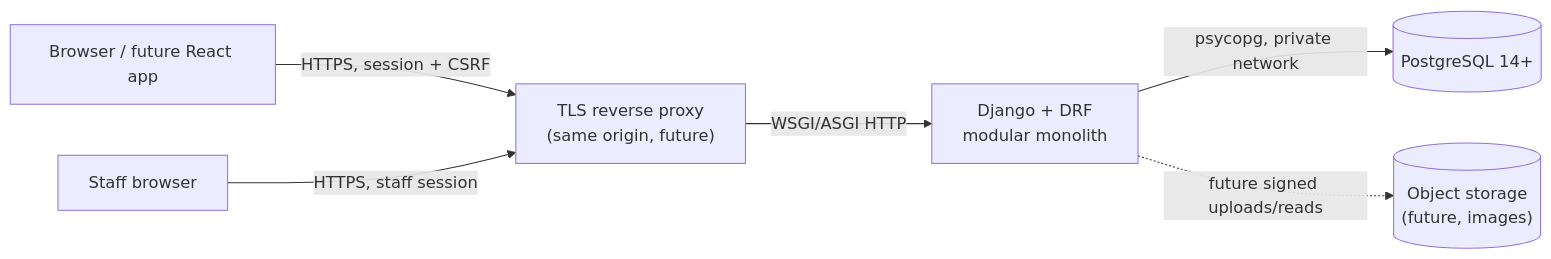
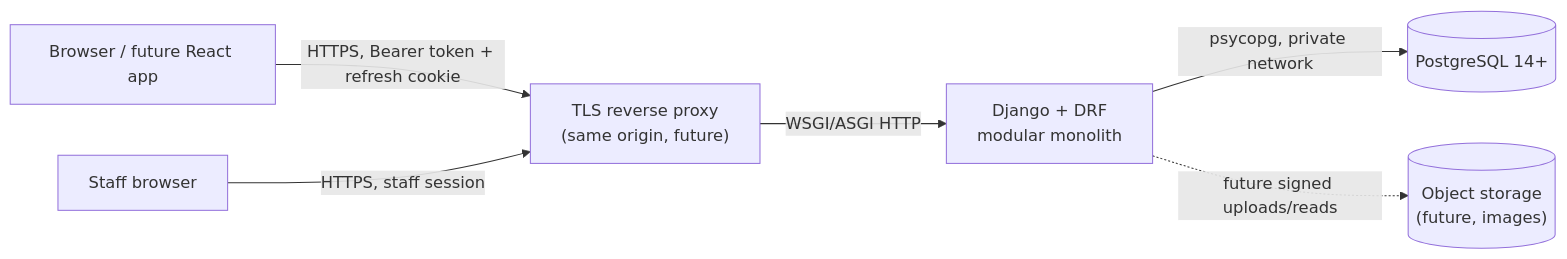
Before and after one commit to mohammed-misbah/MytrolleyApp: the first of 3 diagrams in docs/architecture.md, drawn with Mermaid. The commit also changed other lines of this file and 571 other files, not shown here.

````diff
--- a/docs/architecture.md
+++ b/docs/architecture.md
@@ -16,15 +16,15 @@
 ```mermaid
 flowchart LR
     Browser["Browser / future React app"]
     Staff["Staff browser"]
     Proxy["TLS reverse proxy\n(same origin, future)"]
     Django["Django + DRF\nmodular monolith"]
     PG[("PostgreSQL 14+")]
     Storage[("Object storage\n(future, images)")]
 
-    Browser -->|HTTPS, session + CSRF| Proxy
+    Browser -->|HTTPS, Bearer token + refresh cookie| Proxy
     Staff -->|HTTPS, staff session| Proxy
     Proxy -->|WSGI/ASGI HTTP| Django
     Django -->|psycopg, private network| PG
     Django -.->|future signed uploads/reads| Storage
 ```
````
